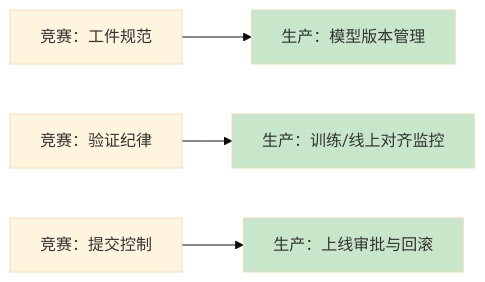
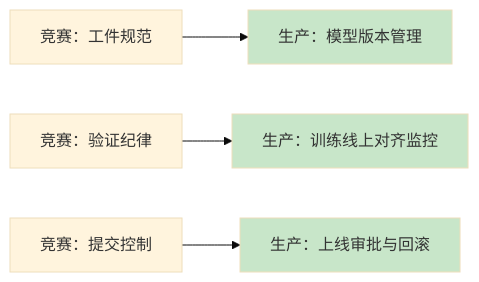
Before and after one commit to wizardforcel/vibe-kaggle: the first of 3 diagrams in docs/chapters/chapter23.md, drawn with Mermaid (base theme). The commit also changed other lines of this file and 22 other files, not shown here.

````diff
--- a/docs/chapters/chapter23.md
+++ b/docs/chapters/chapter23.md
@@ -20,9 +25,9 @@
 ```mermaid
 flowchart LR
     A[竞赛：工件规范] --> B[生产：模型版本管理]
-    C[竞赛：验证纪律] --> D[生产：训练/线上对齐监控]
+    C[竞赛：验证纪律] --> D[生产：训练线上对齐监控]
     E[竞赛：提交控制] --> F[生产：上线审批与回滚]
     style B fill:#c8e6c9
     style D fill:#c8e6c9
     style F fill:#c8e6c9
 ```
````
